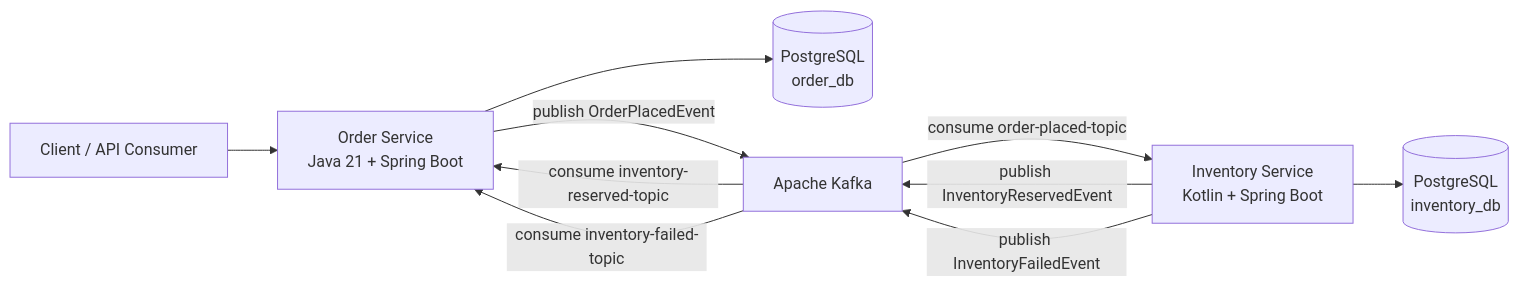
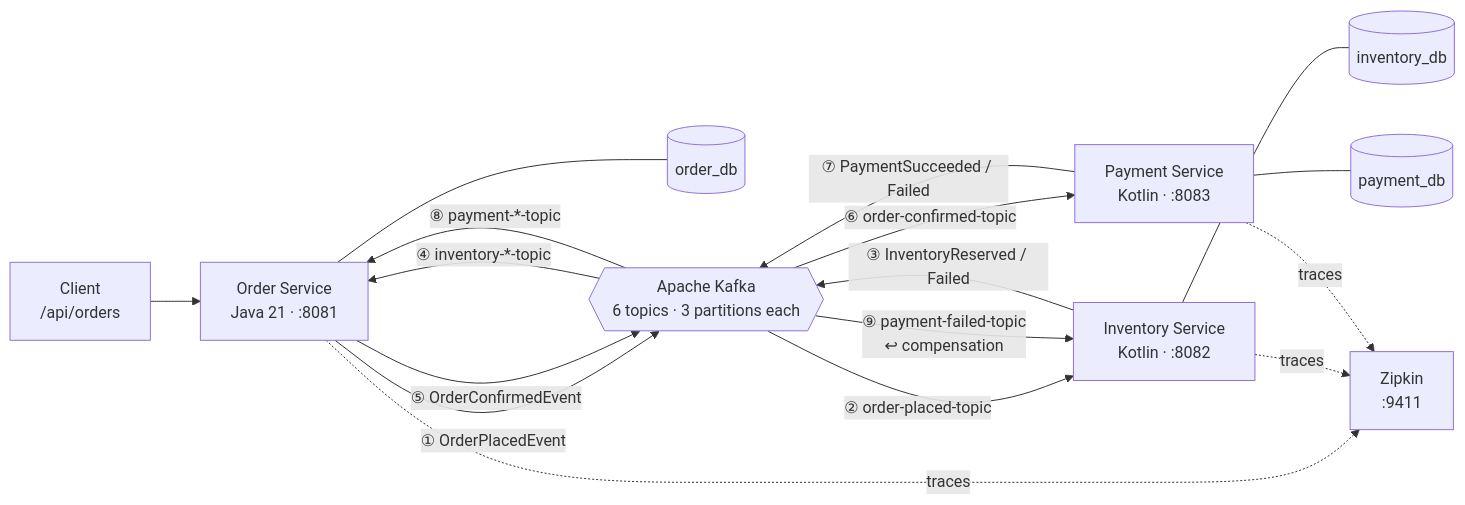
The diagram in README.md (paulopacifico/distributed-commerce-api), drawn with Mermaid before and after one commit. The commit also changed other lines of this file, not shown here.

First line of the commit message:
Overhaul README to document the full 3-service payment saga

````diff
--- a/README.md
+++ b/README.md
@@ -21,12 +46,35 @@
 ```mermaid
 flowchart LR
-    Client["Client / API Consumer"] --> Order["Order Service<br/>Java 21 + Spring Boot"]
-    Order --> OrderDB[("PostgreSQL<br/>order_db")]
-    Order -->|publish OrderPlacedEvent| Kafka["Apache Kafka"]
-    Kafka -->|consume order-placed-topic| Inventory["Inventory Service<br/>Kotlin + Spring Boot"]
-    Inventory --> InventoryDB[("PostgreSQL<br/>inventory_db")]
-    Inventory -->|publish InventoryReservedEvent| Kafka
-    Inventory -->|publish InventoryFailedEvent| Kafka
-    Kafka -->|consume inventory-reserved-topic| Order
-    Kafka -->|consume inventory-failed-topic| Order
+    Client["Client\n/api/orders"]
+
+    Order["Order Service\nJava 21 · :8081"]
+    OrderDB[("order_db")]
+
+    Inventory["Inventory Service\nKotlin · :8082"]
+    InvDB[("inventory_db")]
+
+    Payment["Payment Service\nKotlin · :8083"]
+    PayDB[("payment_db")]
+
+    Kafka{{"Apache Kafka\n6 topics · 3 partitions each"}}
+    Zipkin["Zipkin\n:9411"]
+
+    Client --> Order
+    Order --- OrderDB
+    Inventory --- InvDB
+    Payment --- PayDB
+
+    Order -->|"① OrderPlacedEvent"| Kafka
+    Kafka -->|"② order-placed-topic"| Inventory
+    Inventory -->|"③ InventoryReserved / Failed"| Kafka
+    Kafka -->|"④ inventory-*-topic"| Order
+    Order -->|"⑤ OrderConfirmedEvent"| Kafka
+    Kafka -->|"⑥ order-confirmed-topic"| Payment
+    Payment -->|"⑦ PaymentSucceeded / Failed"| Kafka
+    Kafka -->|"⑧ payment-*-topic"| Order
+    Kafka -->|"⑨ payment-failed-topic\n↩ compensation"| Inventory
+
+    Order -. traces .-> Zipkin
+    Inventory -. traces .-> Zipkin
+    Payment -. traces .-> Zipkin
 ```
````
